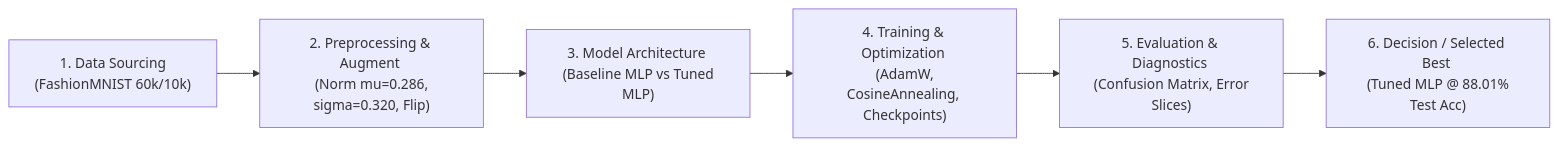
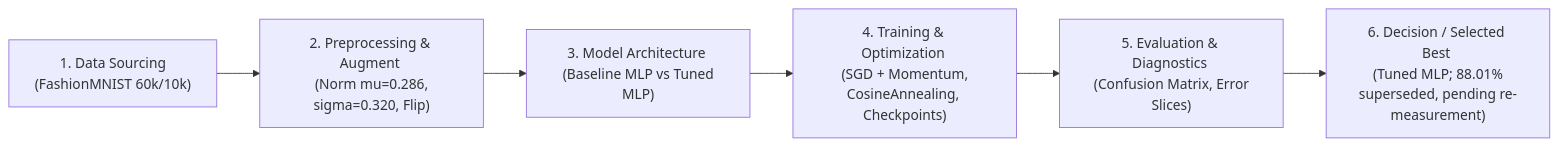
One commit to lacthui06/Lab-DL changed the diagram in labs/lab01/walkthrough_lab_01.md. Above: the diagram before and after it, drawn with Mermaid. The commit also changed other lines of this file and 6 other files, not shown here.

First line of the commit message:
refactor(lab01): SGD+momentum Phase 1 and two-scenario optimizer sweep

````diff
--- a/labs/lab01/walkthrough_lab_01.md
+++ b/labs/lab01/walkthrough_lab_01.md
@@ -30,8 +32,8 @@
 ```mermaid
 graph LR
     A["1. Data Sourcing <br> (FashionMNIST 60k/10k)"] --> B["2. Preprocessing & Augment <br> (Norm mu=0.286, sigma=0.320, Flip)"]
     B --> C["3. Model Architecture <br> (Baseline MLP vs Tuned MLP)"]
-    C --> D["4. Training & Optimization <br> (AdamW, CosineAnnealing, Checkpoints)"]
+    C --> D["4. Training & Optimization <br> (SGD + Momentum, CosineAnnealing, Checkpoints)"]
     D --> E["5. Evaluation & Diagnostics <br> (Confusion Matrix, Error Slices)"]
-    E --> F["6. Decision / Selected Best <br> (Tuned MLP @ 88.01% Test Acc)"]
+    E --> F["6. Decision / Selected Best <br> (Tuned MLP; 88.01% superseded, pending re-measurement)"]
 ```
````
